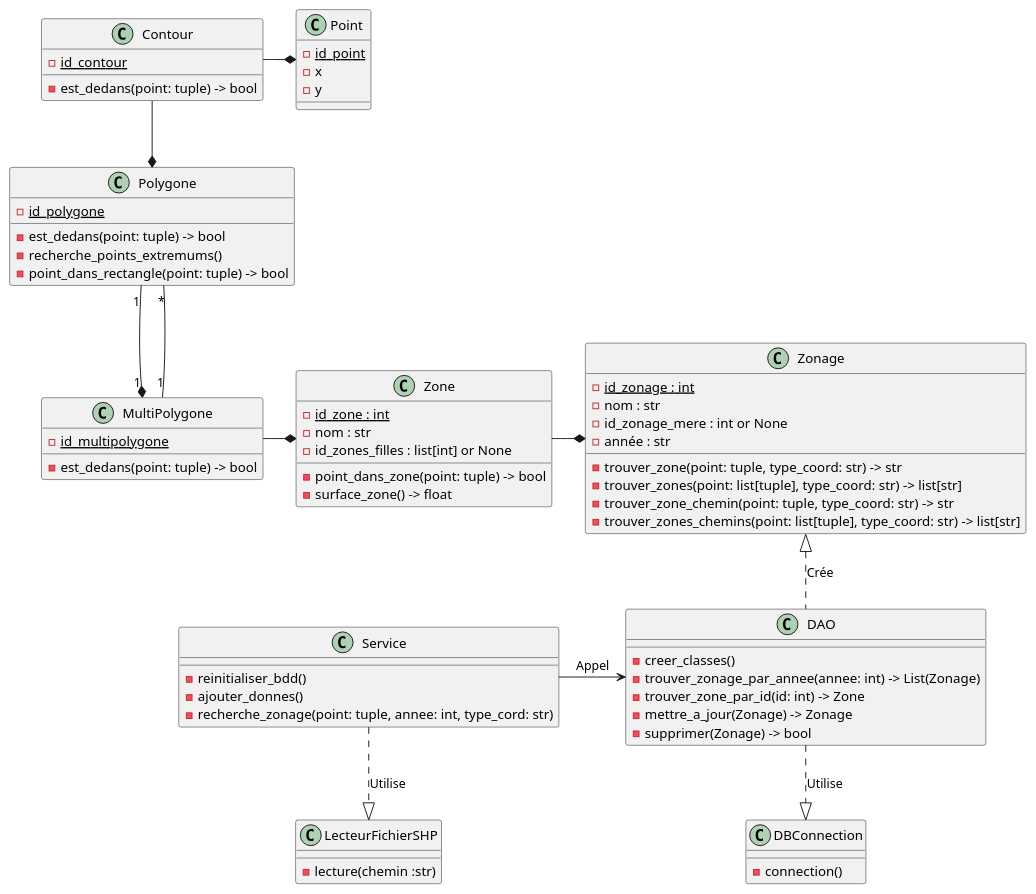
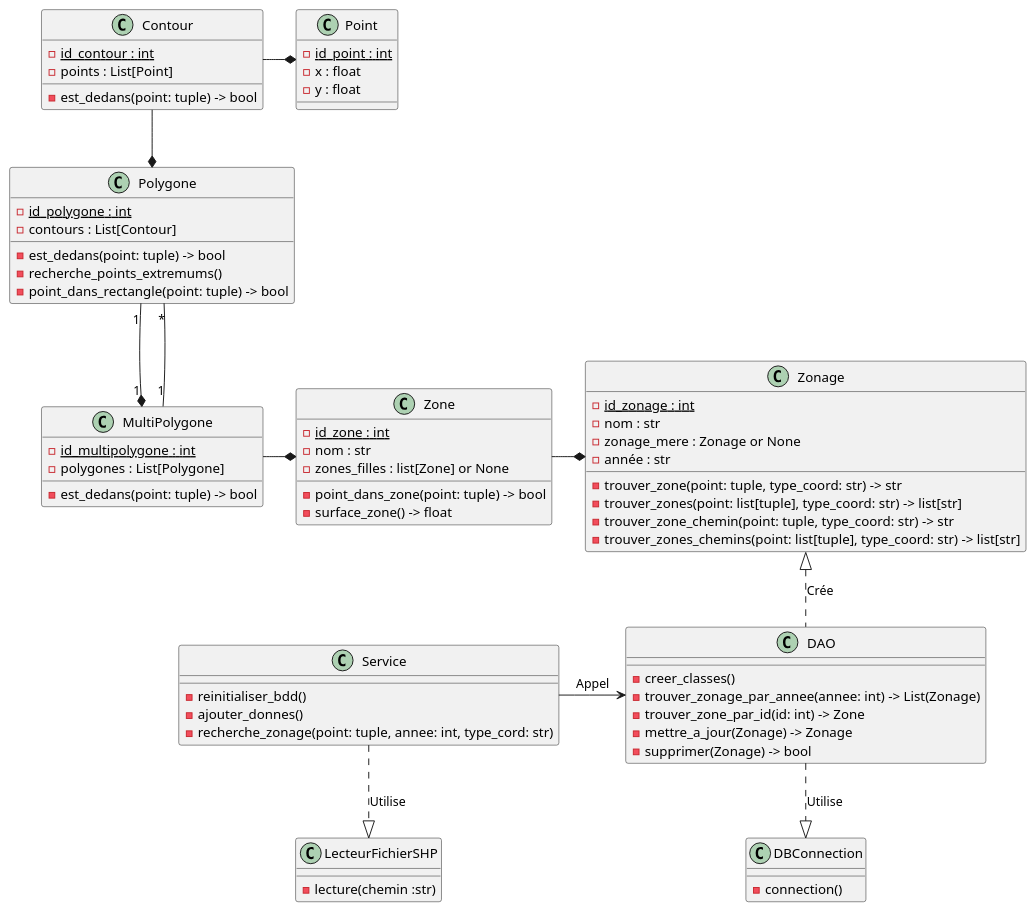
One commit to antoni-guardia/ENSAI_ProjetInfo2A changed the diagram in doc/diagrammes/diagramme_classes.md. Above: the diagram before and after it, drawn with PlantUML. The commit also changed 1 other file, not shown here.

Commit message:
maj diag clas

```diff
--- a/doc/diagrammes/diagramme_classes.md
+++ b/doc/diagrammes/diagramme_classes.md
@@ -3,7 +3,7 @@
 class Zone {
  - {Static} id_zone : int
  - nom : str
- - id_zones_filles : list[int] or None
+ - zones_filles : list[Zone] or None
  - point_dans_zone(point: tuple) -> bool
  - surface_zone() -> float 
  }
@@ -11,7 +11,7 @@
 class Zonage {
  - {Static} id_zonage : int
  - nom : str
- - id_zonage_mere : int or None
+ - zonage_mere : Zonage or None
  - année : str
  - trouver_zone(point: tuple, type_coord: str) -> str
  - trouver_zones(point: list[tuple], type_coord: str) -> list[str]
@@ -20,28 +20,30 @@
  }
 
 class MultiPolygone{
- - {Static} id_multipolygone
+ - {Static} id_multipolygone : int
+ - polygones : List[Polygone]
  - est_dedans(point: tuple) -> bool
  }
 
 
 class Polygone{
- - {Static} id_polygone
-
+ - {Static} id_polygone : int
+ - contours : List[Contour] 
  - est_dedans(point: tuple) -> bool
  - recherche_points_extremums()
  - point_dans_rectangle(point: tuple) -> bool
 }
 
 class Contour{
- - {Static} id_contour
+ - {Static} id_contour : int
+ - points : List[Point]
  - est_dedans(point: tuple) -> bool
 }
 
 class Point{
- - {Static} id_point
- - x 
- - y
+ - {Static} id_point : int
+ - x : float
+ - y : float
 }
 
 class DAO{
```
